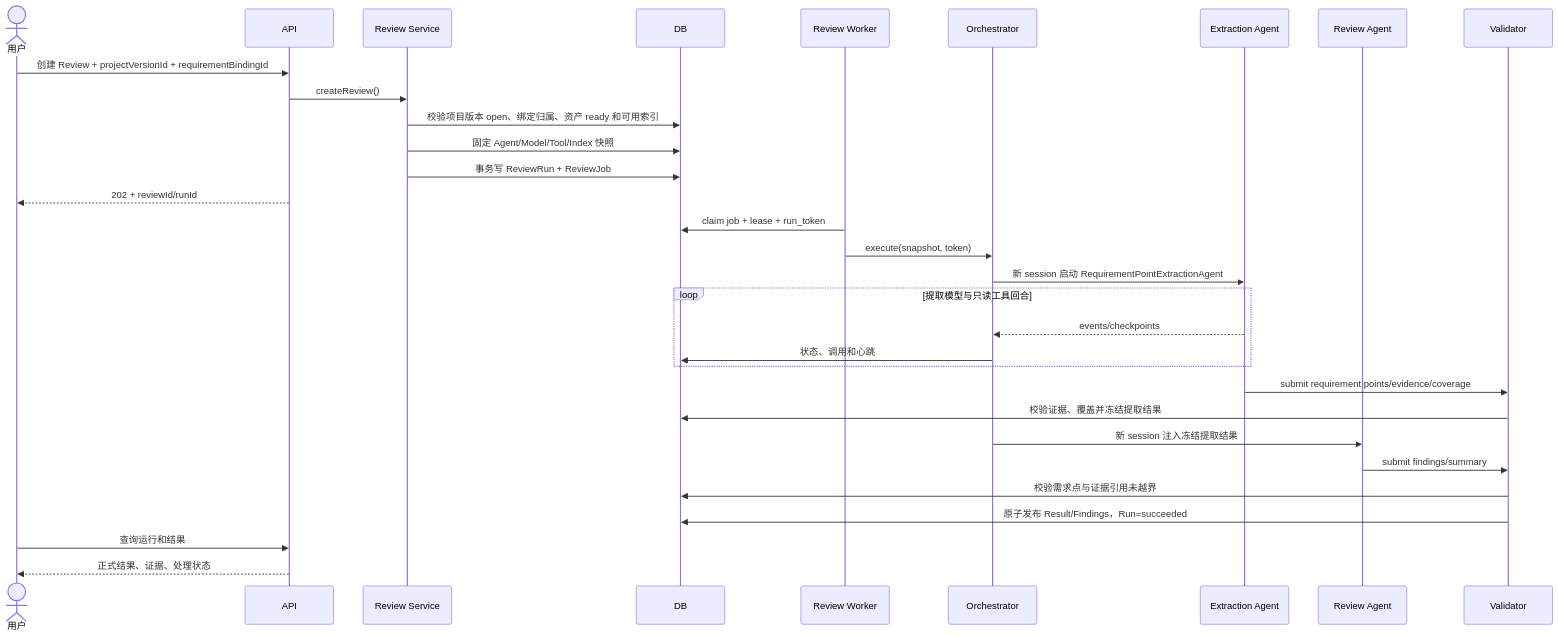
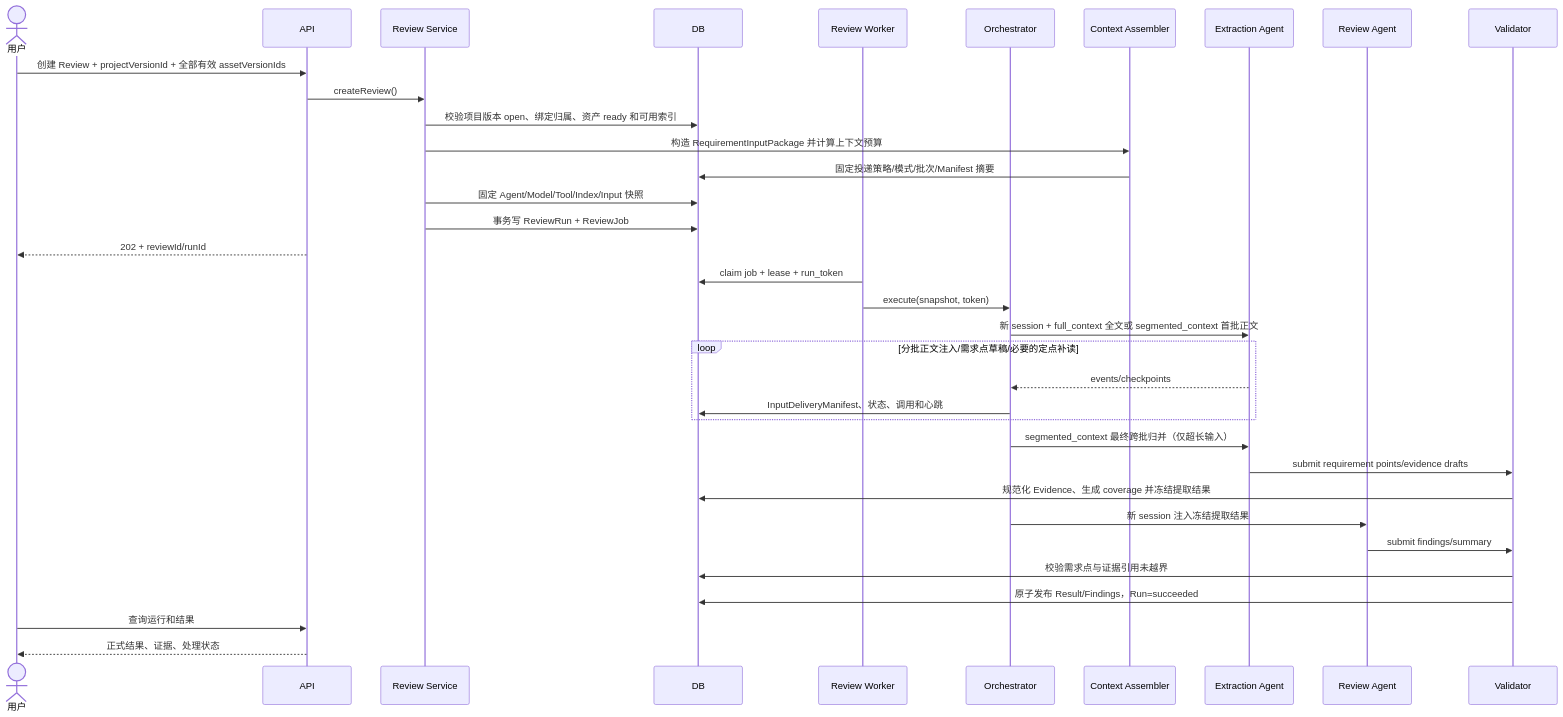
Before and after one commit to lishilei123/SmartHub: the eighth of 8 diagrams in 技术文档/第二期-需求评审与大模型配置技术文档.md, drawn with Mermaid. The commit also changed other lines of this file and 3 other files, not shown here.

Commit message:
优化需求分析上传的需求/技术方案 ，更合适的方案是混合模式： 文档能放进上下文时，将全部固定需求正文直接注入 Extraction Agent。 Agent 在完整上下文中完成全局需求提取。 工具只负责定位 Chunk、校验证据、补读超长内容和提交结构化结果。 增加批量证据校验工具，避免每条证据单独往返。 恢复可配置的推理等级。 给独立的“覆盖检查 Agent”开放原文读取能力，用它比较“原文 vs 已提取需求点”，专门发现遗漏；不要指望当前只看冻结结果的 Review Agent 补漏。

````diff
--- a/技术文档/第二期-需求评审与大模型配置技术文档.md
+++ b/技术文档/第二期-需求评审与大模型配置技术文档.md
@@ -1231,34 +1309,38 @@
 ```mermaid
 sequenceDiagram
     actor U as 用户
     participant API
     participant APP as Review Service
     participant DB
     participant W as Review Worker
     participant O as Orchestrator
+    participant C as Context Assembler
     participant E as Extraction Agent
     participant R as Review Agent
     participant V as Validator
 
-    U->>API: 创建 Review + projectVersionId + requirementBindingId
+    U->>API: 创建 Review + projectVersionId + 全部有效 assetVersionIds
     API->>APP: createReview()
     APP->>DB: 校验项目版本 open、绑定归属、资产 ready 和可用索引
-    APP->>DB: 固定 Agent/Model/Tool/Index 快照
+    APP->>C: 构造 RequirementInputPackage 并计算上下文预算
+    C->>DB: 固定投递策略/模式/批次/Manifest 摘要
+    APP->>DB: 固定 Agent/Model/Tool/Index/Input 快照
     APP->>DB: 事务写 ReviewRun + ReviewJob
     API-->>U: 202 + reviewId/runId
     W->>DB: claim job + lease + run_token
     W->>O: execute(snapshot, token)
-    O->>E: 新 session 启动 RequirementPointExtractionAgent
-    loop 提取模型与只读工具回合
+    O->>E: 新 session + full_context 全文或 segmented_context 首批正文
+    loop 分批正文注入/需求点草稿/必要的定点补读
       E-->>O: events/checkpoints
-      O->>DB: 状态、调用和心跳
+      O->>DB: InputDeliveryManifest、状态、调用和心跳
     end
-    E->>V: submit requirement points/evidence/coverage
-    V->>DB: 校验证据、覆盖并冻结提取结果
+    O->>E: segmented_context 最终跨批归并（仅超长输入）
+    E->>V: submit requirement points/evidence drafts
+    V->>DB: 规范化 Evidence、生成 coverage 并冻结提取结果
     O->>R: 新 session 注入冻结提取结果
     R->>V: submit findings/summary
     V->>DB: 校验需求点与证据引用未越界
     V->>DB: 原子发布 Result/Findings，Run=succeeded
     U->>API: 查询运行和结果
     API-->>U: 正式结果、证据、处理状态
 ```
````
